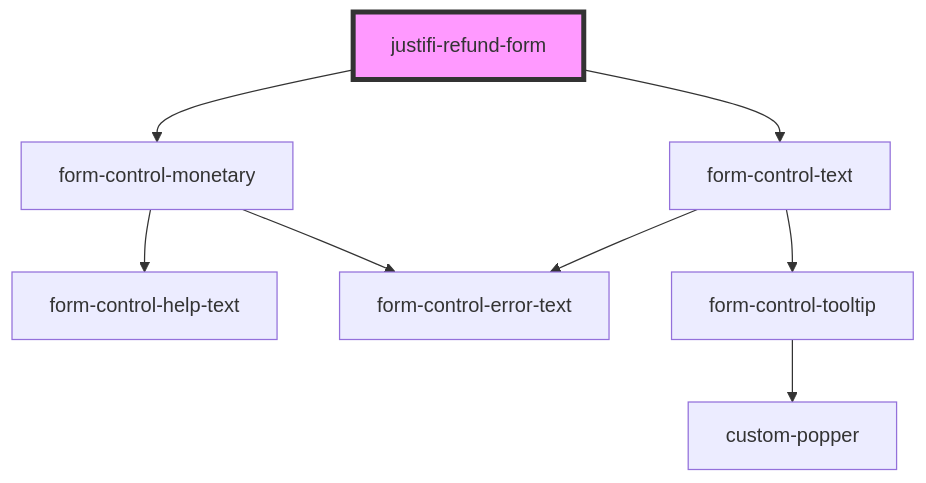
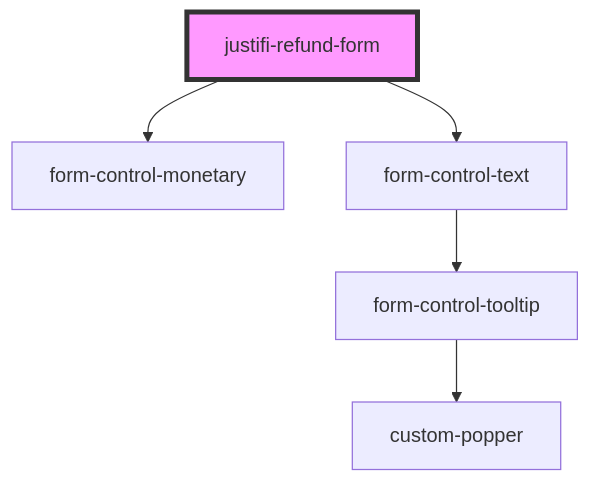
One commit to justifi-tech/web-component-library changed the diagram in packages/webcomponents/src/components/refund-form/readme.md. Above: the diagram before and after it, drawn with Mermaid. The commit also changed 23 other files, not shown here.

````diff
--- a/packages/webcomponents/src/components/refund-form/readme.md
+++ b/packages/webcomponents/src/components/refund-form/readme.md
@@ -35,11 +35,8 @@
 ```mermaid
 graph TD;
   justifi-refund-form --> form-control-monetary
   justifi-refund-form --> form-control-text
-  form-control-monetary --> form-control-help-text
-  form-control-monetary --> form-control-error-text
   form-control-text --> form-control-tooltip
-  form-control-text --> form-control-error-text
   form-control-tooltip --> custom-popper
   style justifi-refund-form fill:#f9f,stroke:#333,stroke-width:4px
 ```
````
